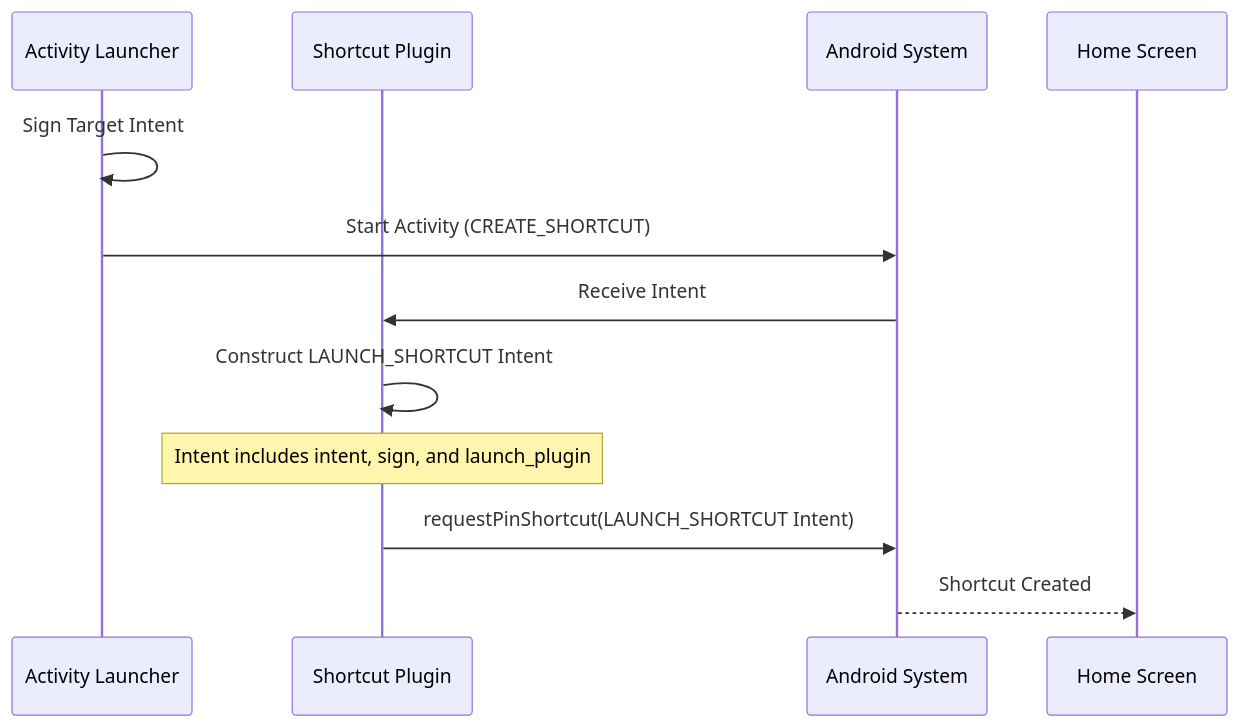
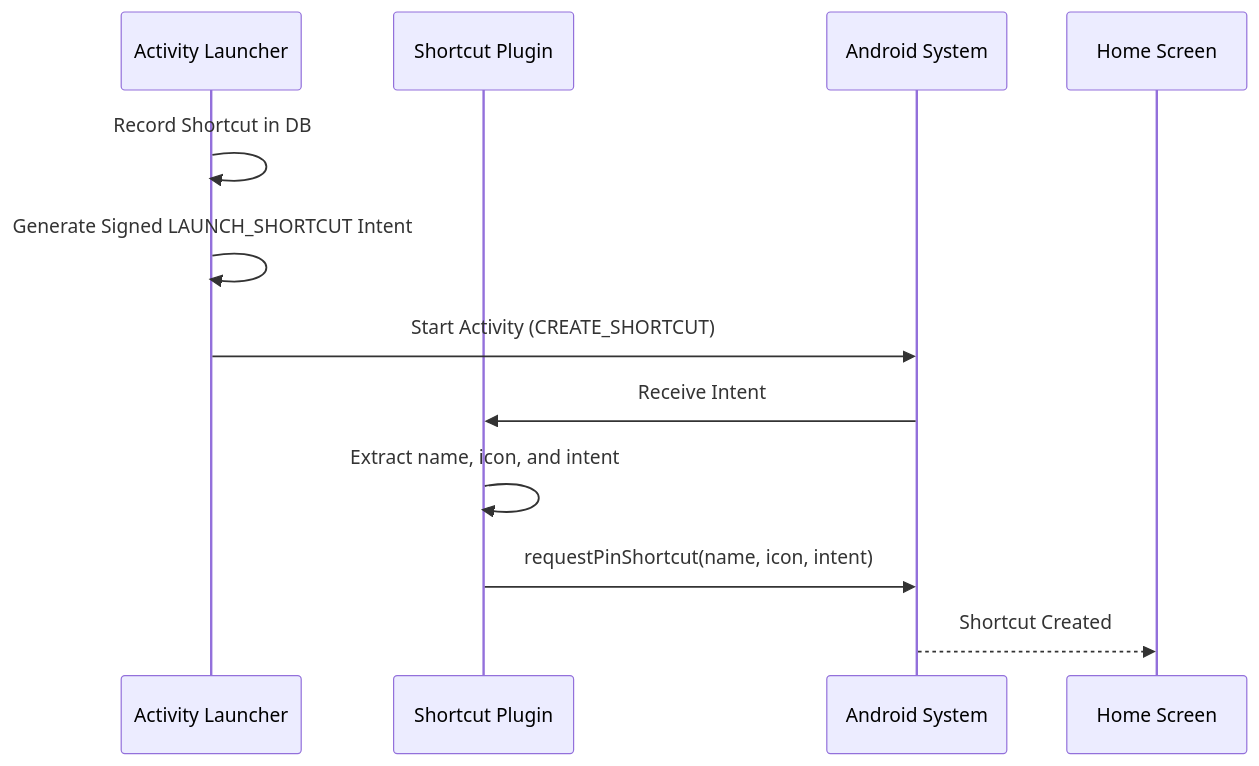
One commit to butzist/ActivityLauncher changed the first of 2 diagrams in PLUGIN_ARCHITECTURE.md. Above: the diagram before and after it, drawn with Mermaid. The commit also changed other lines of this file and 129 other files, not shown here.

````diff
--- a/PLUGIN_ARCHITECTURE.md
+++ b/PLUGIN_ARCHITECTURE.md
@@ -22,15 +21,15 @@
 ```mermaid
 sequenceDiagram
     participant AL as Activity Launcher
     participant Plugin as Shortcut Plugin
     participant System as Android System
     participant Home as Home Screen
 
-    AL->>AL: Sign Target Intent
+    AL->>AL: Record Shortcut in DB
+    AL->>AL: Generate Signed LAUNCH_SHORTCUT Intent
     AL->>System: Start Activity (CREATE_SHORTCUT)
     System->>Plugin: Receive Intent
-    Plugin->>Plugin: Construct LAUNCH_SHORTCUT Intent
-    Note over Plugin: Intent includes intent, sign, and launch_plugin
-    Plugin->>System: requestPinShortcut(LAUNCH_SHORTCUT Intent)
+    Plugin->>Plugin: Extract name, icon, and intent
+    Plugin->>System: requestPinShortcut(name, icon, intent)
     System-->>Home: Shortcut Created
 ```
````
